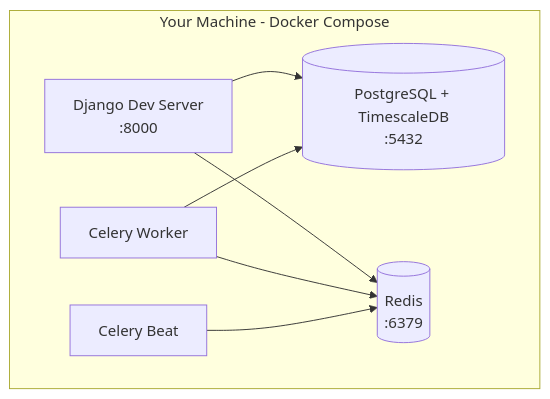
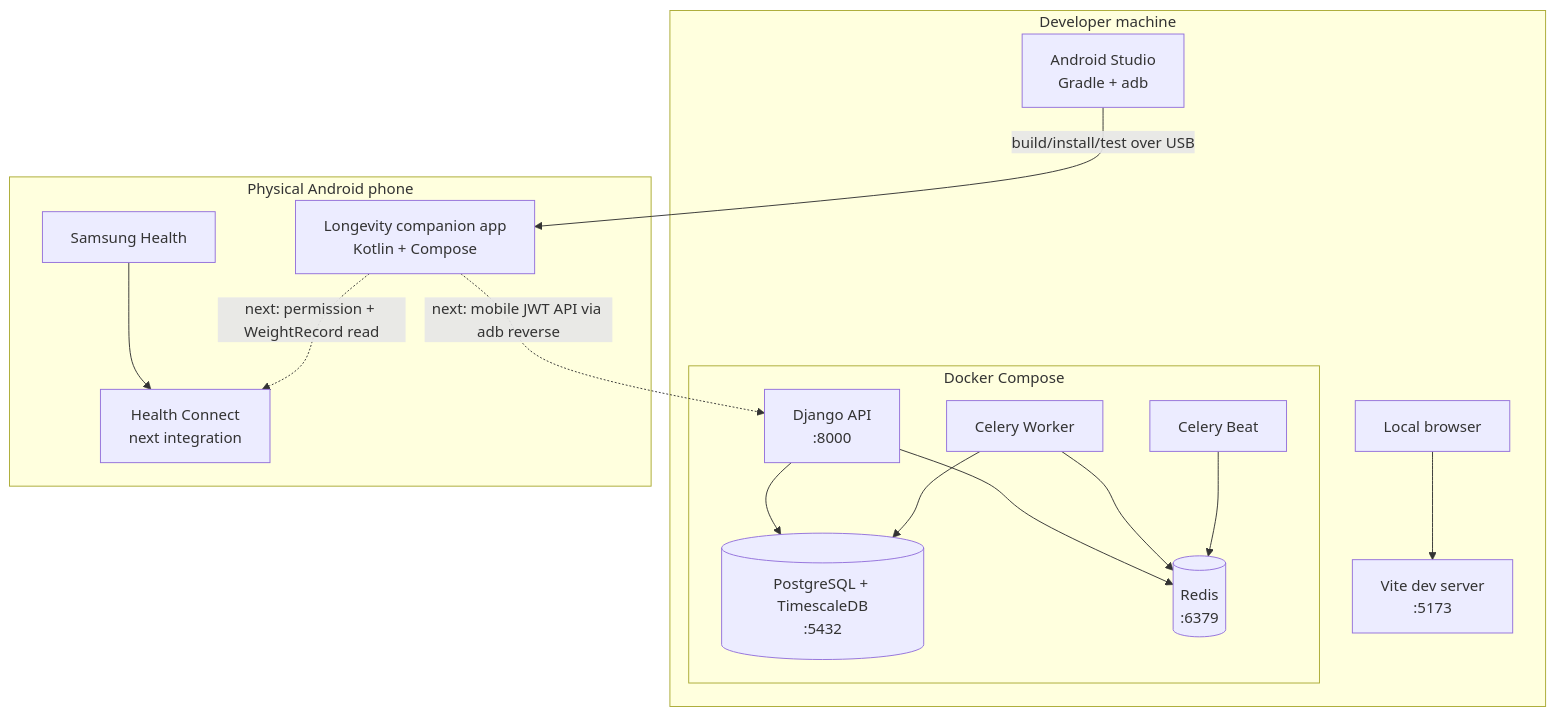
One commit to elvisrepo/long changed the diagram in reference_docs/knowledge/05-local-development-architecture.md. Above: the diagram before and after it, drawn with Mermaid. The commit also changed other lines of this file and 6 other files, not shown here.

Commit message:
docs for android app

````diff
--- a/reference_docs/knowledge/05-local-development-architecture.md
+++ b/reference_docs/knowledge/05-local-development-architecture.md
@@ -16,16 +16,33 @@
 ```mermaid
 graph TB
-    subgraph "Your Machine - Docker Compose"
-        DEV["Django Dev Server<br/>:8000"]
-        PG[("PostgreSQL + TimescaleDB<br/>:5432")]
-        REDIS[("Redis<br/>:6379")]
-        CELERY["Celery Worker"]
-        BEAT["Celery Beat"]
+    subgraph "Developer machine"
+        STUDIO["Android Studio<br/>Gradle + adb"]
+        VITE["Vite dev server<br/>:5173"]
+        BROWSER["Local browser"]
+
+        subgraph "Docker Compose"
+            DEV["Django API<br/>:8000"]
+            PG[("PostgreSQL + TimescaleDB<br/>:5432")]
+            REDIS[("Redis<br/>:6379")]
+            CELERY["Celery Worker"]
+            BEAT["Celery Beat"]
+        end
     end
 
+    subgraph "Physical Android phone"
+        APP["Longevity companion app<br/>Kotlin + Compose"]
+        HC["Health Connect<br/>next integration"]
+        SAMSUNG["Samsung Health"]
+    end
+
+    BROWSER --> VITE
     DEV --> PG
     DEV --> REDIS
     CELERY --> PG
     CELERY --> REDIS
     BEAT --> REDIS
+    STUDIO -->|"build/install/test over USB"| APP
+    SAMSUNG --> HC
+    APP -. "next: permission + WeightRecord read" .-> HC
+    APP -. "next: mobile JWT API via adb reverse" .-> DEV
 ```
````
